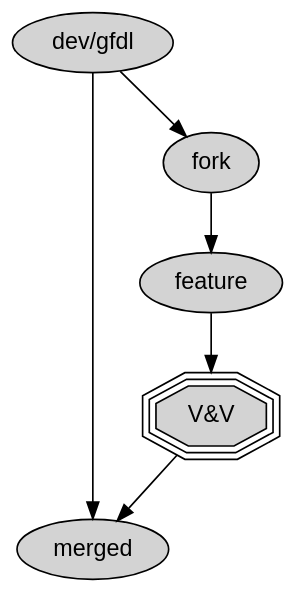
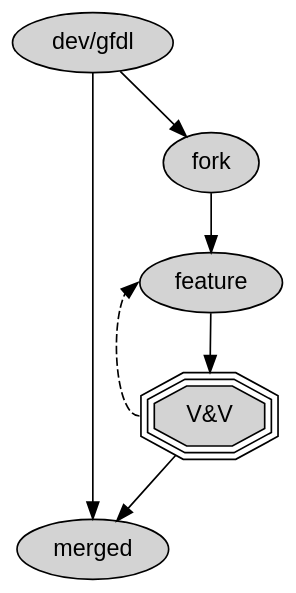
Before and after one commit to marshallward/mom6vv: the diagram in dot/mom_submit.dot, drawn with Graphviz. The commit also changed 9 other files, not shown here.

```diff
--- a/dot/mom_submit.dot
+++ b/dot/mom_submit.dot
@@ -1,27 +1,28 @@
 digraph mom_pr {
     node [
         style = filled,
         fontname = helvetica
     ]
 
     concentrate = true
     bgcolor = transparent
     rankdir = TB
 
     subgraph main {
         master [label="dev/gfdl"]
         master -> merged
     }
 
     subgraph branch {
         v_and_v [
             label = "V&V",
             shape = tripleoctagon,
             pencolor = red,
         ]
         master -> fork [weight=0]
         fork -> feature
         feature -> v_and_v
+        v_and_v:w -> feature:w [style=dashed]
         v_and_v -> merged [weight=0]
     }
 }
```
